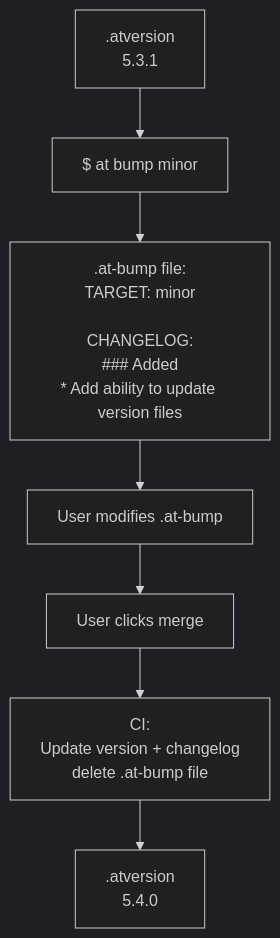
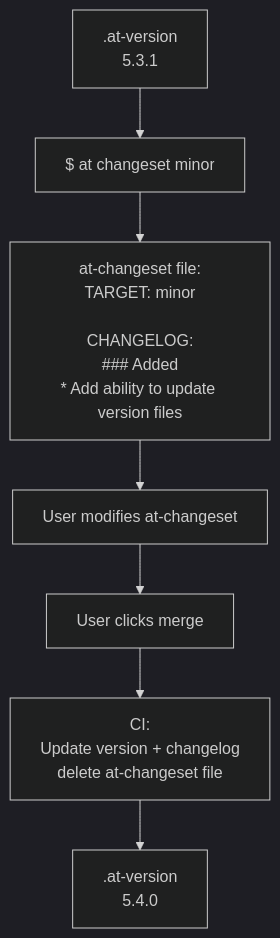
Before and after one commit to gregerspoulsen/artisan_tools: the diagram in doc/workflow.mermaid, drawn with Mermaid (dark theme). The commit also changed 26 other files, not shown here.

```diff
--- a/doc/workflow.mermaid
+++ b/doc/workflow.mermaid
@@ -1,15 +1,15 @@
 graph TD
-    A[.atversion<br>5.3.1]
-    B["$ at bump minor <br>"]
-    D[".at-bump file:<br>TARGET: minor<br><br>CHANGELOG:<br>### Added<br>* Add ability to update version files"]
-    E[User modifies .at-bump]
+    A[.at-version<br>5.3.1]
+    B["$ at changeset minor <br>"]
+    D["at-changeset file:<br>TARGET: minor<br><br>CHANGELOG:<br>### Added<br>* Add ability to update version files"]
+    E[User modifies at-changeset]
     F[User clicks merge]
-    G[CI:<br>Update version + changelog<br>delete .at-bump file]
-    H[.atversion<br>5.4.0]
+    G[CI:<br>Update version + changelog<br>delete at-changeset file]
+    H[.at-version<br>5.4.0]
 
     A --> B
     B --> D
     D --> E
     E --> F
     F --> G
     G --> H
```
